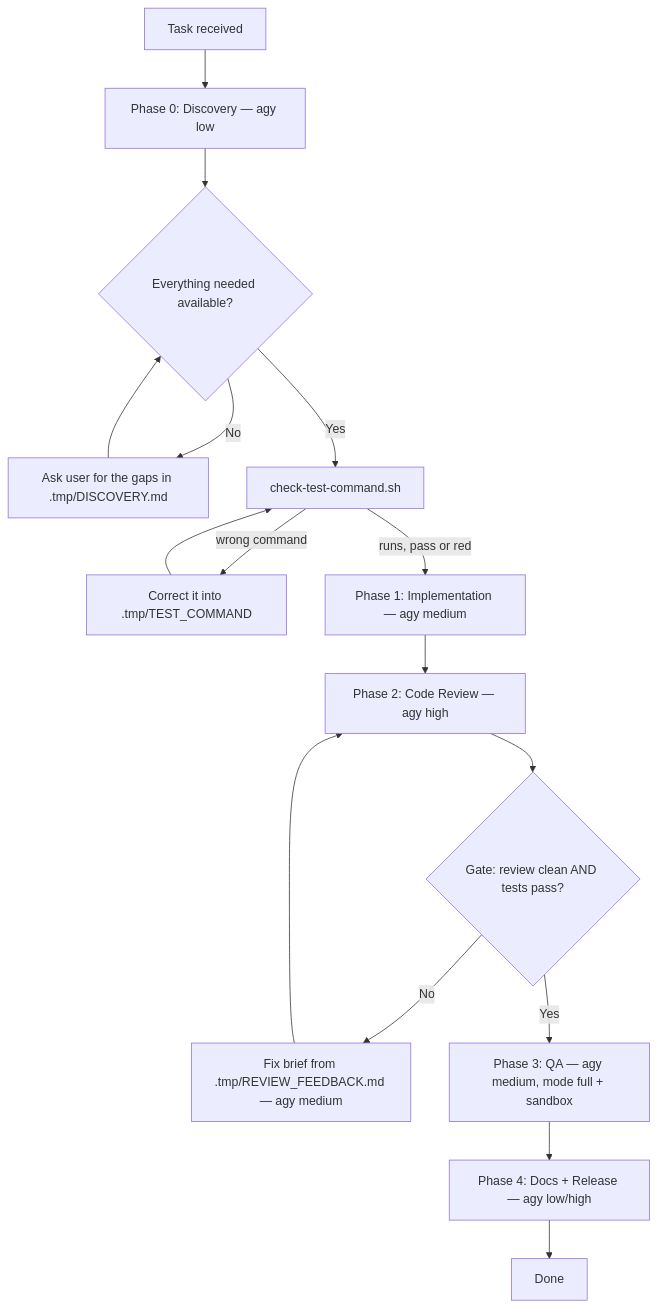
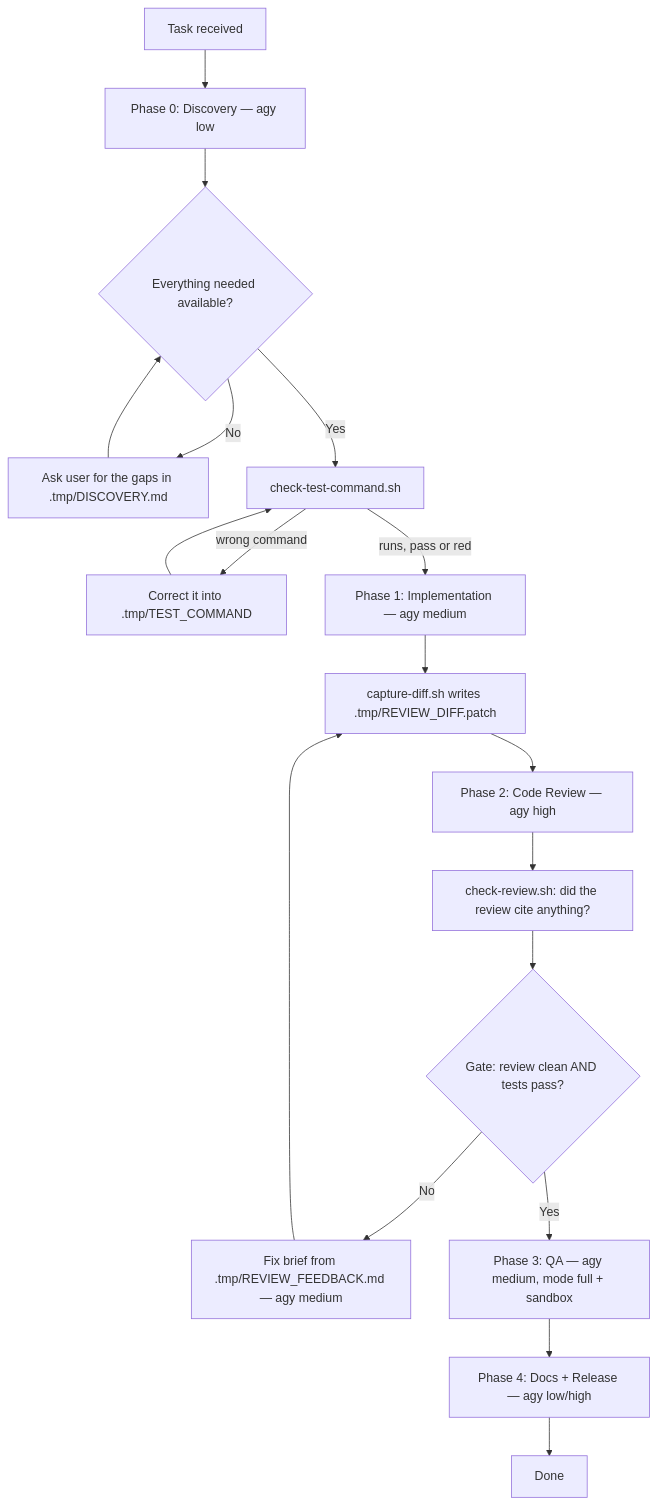
The diagram in SKILL.md (chilliesdev/agy-delivery-pipeline), drawn with Mermaid before and after one commit. The commit also changed other lines of this file and 6 other files, not shown here.

````diff
--- a/SKILL.md
+++ b/SKILL.md
@@ -189,18 +205,20 @@
 ```mermaid
 flowchart TD
     A[Task received] --> B[Phase 0: Discovery — agy low]
     B --> C{Everything needed available?}
     C -- No --> D[Ask user for the gaps in .tmp/DISCOVERY.md]
     D --> C
     C -- Yes --> V[check-test-command.sh]
     V -- wrong command --> W[Correct it into .tmp/TEST_COMMAND]
     W --> V
     V -- runs, pass or red --> E[Phase 1: Implementation — agy medium]
-    E --> F[Phase 2: Code Review — agy high]
-    F --> G{Gate: review clean AND tests pass?}
+    E --> X[capture-diff.sh writes .tmp/REVIEW_DIFF.patch]
+    X --> F[Phase 2: Code Review — agy high]
+    F --> Y[check-review.sh: did the review cite anything?]
+    Y --> G{Gate: review clean AND tests pass?}
     G -- No --> H[Fix brief from .tmp/REVIEW_FEEDBACK.md — agy medium]
-    H --> F
+    H --> X
     G -- Yes --> I[Phase 3: QA — agy medium, mode full + sandbox]
     I --> J[Phase 4: Docs + Release — agy low/high]
     J --> K[Done]
 ```
````
